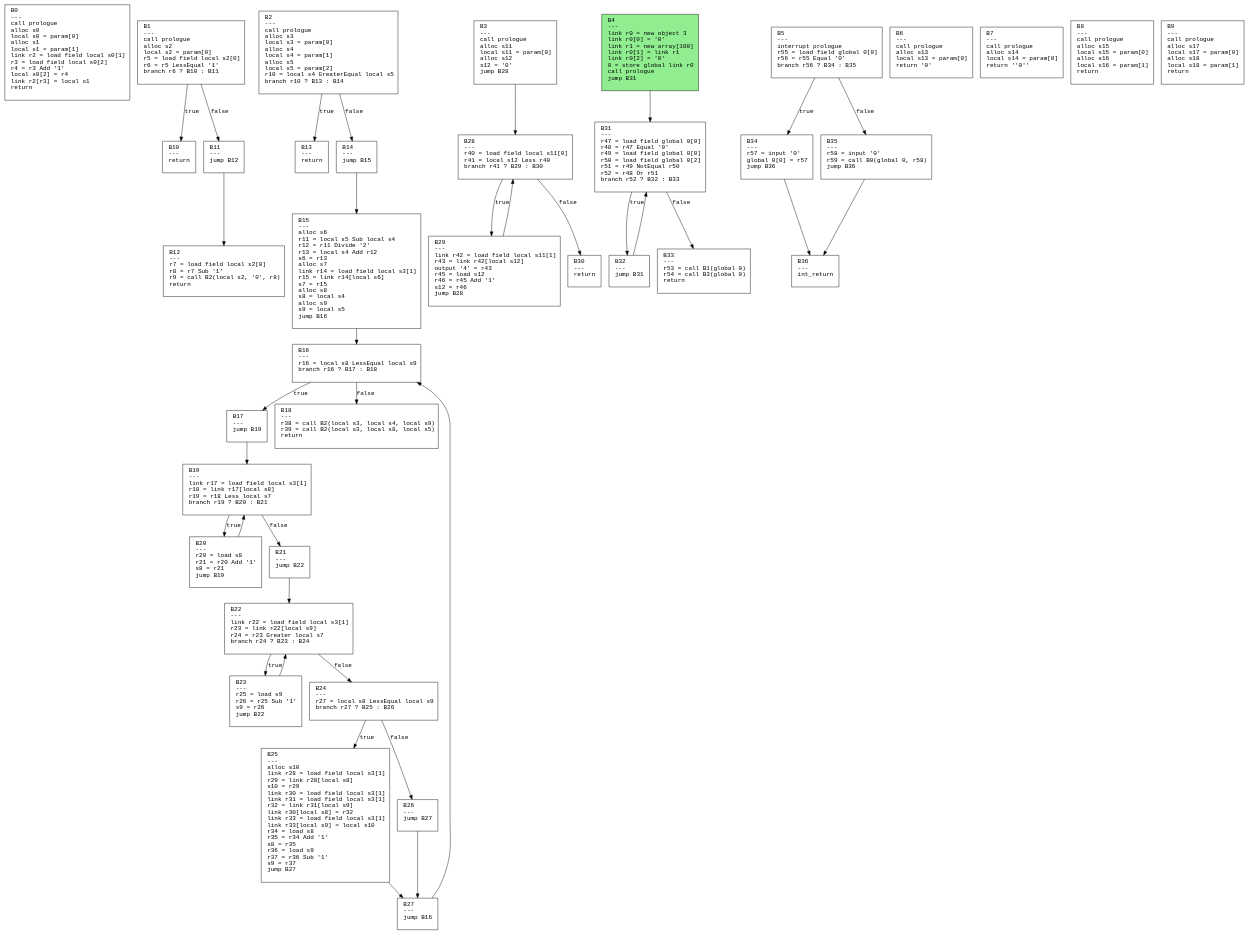
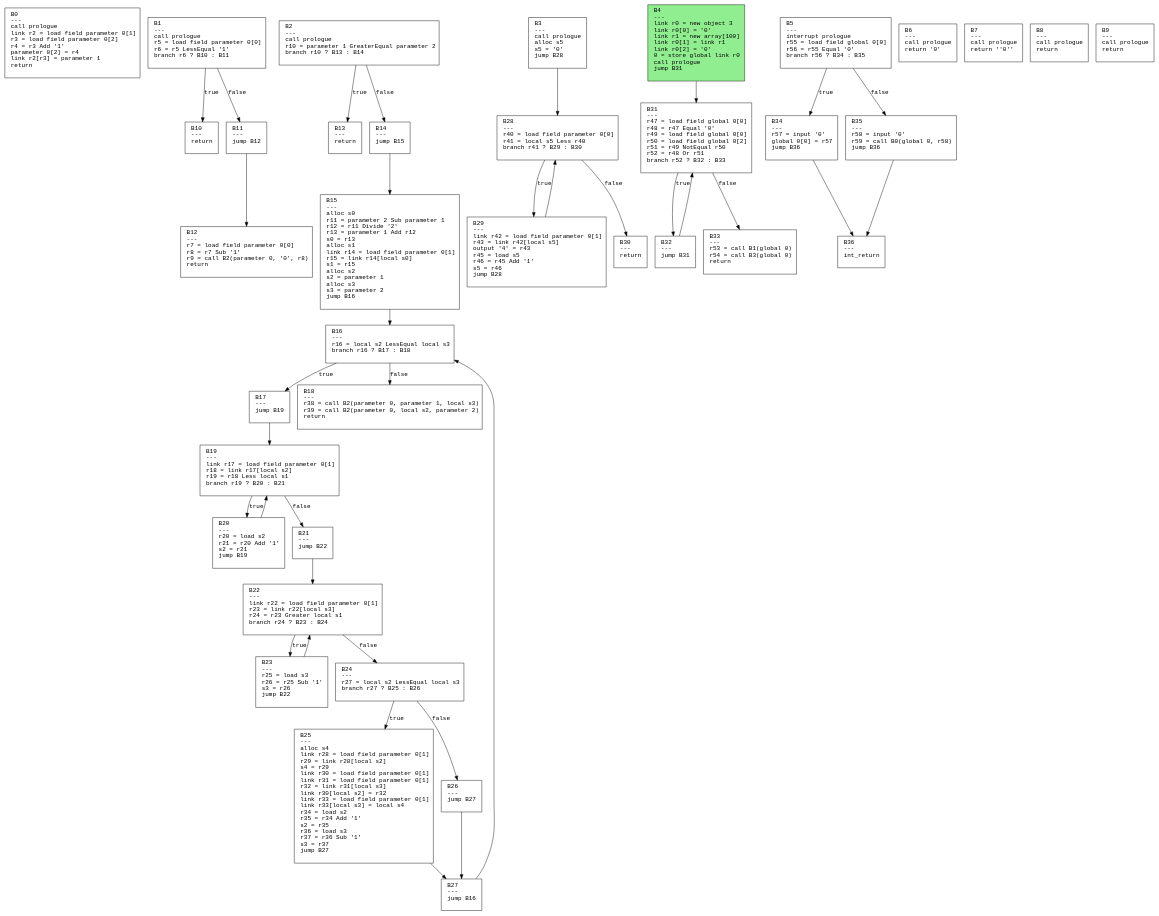
One commit to safarislava/ProcTranslator changed the diagram in schemes/sort.dot. Above: the diagram before and after it, drawn with Graphviz. The commit also changed 26 other files, not shown here.

```diff
--- a/schemes/sort.dot
+++ b/schemes/sort.dot
@@ -1,78 +1,78 @@
 digraph CFG {
   rankdir=TB;
   node [shape=box, fontname="Courier", style=filled, fillcolor=white, margin="0.2,0.1"];
   edge [fontname="Courier"];
 
-  "B0" [label="B0\l---\lcall prologue\lalloc s0\llocal s0 = param[0]\lalloc s1\llocal s1 = param[1]\llink r2 = load field local s0[1]\lr3 = load field local s0[2]\lr4 = r3 Add '1'\llocal s0[2] = r4\llink r2[r3] = local s1\lreturn\l "];
-  "B1" [label="B1\l---\lcall prologue\lalloc s2\llocal s2 = param[0]\lr5 = load field local s2[0]\lr6 = r5 LessEqual '1'\lbranch r6 ? B10 : B11\l "];
-  "B2" [label="B2\l---\lcall prologue\lalloc s3\llocal s3 = param[0]\lalloc s4\llocal s4 = param[1]\lalloc s5\llocal s5 = param[2]\lr10 = local s4 GreaterEqual local s5\lbranch r10 ? B13 : B14\l "];
-  "B3" [label="B3\l---\lcall prologue\lalloc s11\llocal s11 = param[0]\lalloc s12\ls12 = '0'\ljump B28\l "];
+  "B0" [label="B0\l---\lcall prologue\llink r2 = load field parameter 0[1]\lr3 = load field parameter 0[2]\lr4 = r3 Add '1'\lparameter 0[2] = r4\llink r2[r3] = parameter 1\lreturn\l "];
+  "B1" [label="B1\l---\lcall prologue\lr5 = load field parameter 0[0]\lr6 = r5 LessEqual '1'\lbranch r6 ? B10 : B11\l "];
+  "B2" [label="B2\l---\lcall prologue\lr10 = parameter 1 GreaterEqual parameter 2\lbranch r10 ? B13 : B14\l "];
+  "B3" [label="B3\l---\lcall prologue\lalloc s5\ls5 = '0'\ljump B28\l "];
   "B4" [label="B4\l---\llink r0 = new object 3\llink r0[0] = '0'\llink r1 = new array[100]\llink r0[1] = link r1\llink r0[2] = '0'\l0 = store global link r0\lcall prologue\ljump B31\l "];
   "B5" [label="B5\l---\linterrupt prologue\lr55 = load field global 0[0]\lr56 = r55 Equal '0'\lbranch r56 ? B34 : B35\l "];
-  "B6" [label="B6\l---\lcall prologue\lalloc s13\llocal s13 = param[0]\lreturn '0'\l "];
-  "B7" [label="B7\l---\lcall prologue\lalloc s14\llocal s14 = param[0]\lreturn ''0''\l "];
-  "B8" [label="B8\l---\lcall prologue\lalloc s15\llocal s15 = param[0]\lalloc s16\llocal s16 = param[1]\lreturn\l "];
-  "B9" [label="B9\l---\lcall prologue\lalloc s17\llocal s17 = param[0]\lalloc s18\llocal s18 = param[1]\lreturn\l "];
+  "B6" [label="B6\l---\lcall prologue\lreturn '0'\l "];
+  "B7" [label="B7\l---\lcall prologue\lreturn ''0''\l "];
+  "B8" [label="B8\l---\lcall prologue\lreturn\l "];
+  "B9" [label="B9\l---\lcall prologue\lreturn\l "];
   "B10" [label="B10\l---\lreturn\l "];
   "B11" [label="B11\l---\ljump B12\l "];
-  "B12" [label="B12\l---\lr7 = load field local s2[0]\lr8 = r7 Sub '1'\lr9 = call B2(local s2, '0', r8)\lreturn\l "];
+  "B12" [label="B12\l---\lr7 = load field parameter 0[0]\lr8 = r7 Sub '1'\lr9 = call B2(parameter 0, '0', r8)\lreturn\l "];
   "B13" [label="B13\l---\lreturn\l "];
   "B14" [label="B14\l---\ljump B15\l "];
-  "B15" [label="B15\l---\lalloc s6\lr11 = local s5 Sub local s4\lr12 = r11 Divide '2'\lr13 = local s4 Add r12\ls6 = r13\lalloc s7\llink r14 = load field local s3[1]\lr15 = link r14[local s6]\ls7 = r15\lalloc s8\ls8 = local s4\lalloc s9\ls9 = local s5\ljump B16\l "];
-  "B16" [label="B16\l---\lr16 = local s8 LessEqual local s9\lbranch r16 ? B17 : B18\l "];
+  "B15" [label="B15\l---\lalloc s0\lr11 = parameter 2 Sub parameter 1\lr12 = r11 Divide '2'\lr13 = parameter 1 Add r12\ls0 = r13\lalloc s1\llink r14 = load field parameter 0[1]\lr15 = link r14[local s0]\ls1 = r15\lalloc s2\ls2 = parameter 1\lalloc s3\ls3 = parameter 2\ljump B16\l "];
+  "B16" [label="B16\l---\lr16 = local s2 LessEqual local s3\lbranch r16 ? B17 : B18\l "];
   "B17" [label="B17\l---\ljump B19\l "];
-  "B18" [label="B18\l---\lr38 = call B2(local s3, local s4, local s9)\lr39 = call B2(local s3, local s8, local s5)\lreturn\l "];
-  "B19" [label="B19\l---\llink r17 = load field local s3[1]\lr18 = link r17[local s8]\lr19 = r18 Less local s7\lbranch r19 ? B20 : B21\l "];
-  "B20" [label="B20\l---\lr20 = load s8\lr21 = r20 Add '1'\ls8 = r21\ljump B19\l "];
+  "B18" [label="B18\l---\lr38 = call B2(parameter 0, parameter 1, local s3)\lr39 = call B2(parameter 0, local s2, parameter 2)\lreturn\l "];
+  "B19" [label="B19\l---\llink r17 = load field parameter 0[1]\lr18 = link r17[local s2]\lr19 = r18 Less local s1\lbranch r19 ? B20 : B21\l "];
+  "B20" [label="B20\l---\lr20 = load s2\lr21 = r20 Add '1'\ls2 = r21\ljump B19\l "];
   "B21" [label="B21\l---\ljump B22\l "];
-  "B22" [label="B22\l---\llink r22 = load field local s3[1]\lr23 = link r22[local s9]\lr24 = r23 Greater local s7\lbranch r24 ? B23 : B24\l "];
-  "B23" [label="B23\l---\lr25 = load s9\lr26 = r25 Sub '1'\ls9 = r26\ljump B22\l "];
-  "B24" [label="B24\l---\lr27 = local s8 LessEqual local s9\lbranch r27 ? B25 : B26\l "];
-  "B25" [label="B25\l---\lalloc s10\llink r28 = load field local s3[1]\lr29 = link r28[local s8]\ls10 = r29\llink r30 = load field local s3[1]\llink r31 = load field local s3[1]\lr32 = link r31[local s9]\llink r30[local s8] = r32\llink r33 = load field local s3[1]\llink r33[local s9] = local s10\lr34 = load s8\lr35 = r34 Add '1'\ls8 = r35\lr36 = load s9\lr37 = r36 Sub '1'\ls9 = r37\ljump B27\l "];
+  "B22" [label="B22\l---\llink r22 = load field parameter 0[1]\lr23 = link r22[local s3]\lr24 = r23 Greater local s1\lbranch r24 ? B23 : B24\l "];
+  "B23" [label="B23\l---\lr25 = load s3\lr26 = r25 Sub '1'\ls3 = r26\ljump B22\l "];
+  "B24" [label="B24\l---\lr27 = local s2 LessEqual local s3\lbranch r27 ? B25 : B26\l "];
+  "B25" [label="B25\l---\lalloc s4\llink r28 = load field parameter 0[1]\lr29 = link r28[local s2]\ls4 = r29\llink r30 = load field parameter 0[1]\llink r31 = load field parameter 0[1]\lr32 = link r31[local s3]\llink r30[local s2] = r32\llink r33 = load field parameter 0[1]\llink r33[local s3] = local s4\lr34 = load s2\lr35 = r34 Add '1'\ls2 = r35\lr36 = load s3\lr37 = r36 Sub '1'\ls3 = r37\ljump B27\l "];
   "B26" [label="B26\l---\ljump B27\l "];
   "B27" [label="B27\l---\ljump B16\l "];
-  "B28" [label="B28\l---\lr40 = load field local s11[0]\lr41 = local s12 Less r40\lbranch r41 ? B29 : B30\l "];
-  "B29" [label="B29\l---\llink r42 = load field local s11[1]\lr43 = link r42[local s12]\loutput '4' = r43\lr45 = load s12\lr46 = r45 Add '1'\ls12 = r46\ljump B28\l "];
+  "B28" [label="B28\l---\lr40 = load field parameter 0[0]\lr41 = local s5 Less r40\lbranch r41 ? B29 : B30\l "];
+  "B29" [label="B29\l---\llink r42 = load field parameter 0[1]\lr43 = link r42[local s5]\loutput '4' = r43\lr45 = load s5\lr46 = r45 Add '1'\ls5 = r46\ljump B28\l "];
   "B30" [label="B30\l---\lreturn\l "];
   "B31" [label="B31\l---\lr47 = load field global 0[0]\lr48 = r47 Equal '0'\lr49 = load field global 0[0]\lr50 = load field global 0[2]\lr51 = r49 NotEqual r50\lr52 = r48 Or r51\lbranch r52 ? B32 : B33\l "];
   "B32" [label="B32\l---\ljump B31\l "];
   "B33" [label="B33\l---\lr53 = call B1(global 0)\lr54 = call B3(global 0)\lreturn\l "];
   "B34" [label="B34\l---\lr57 = input '0'\lglobal 0[0] = r57\ljump B36\l "];
   "B35" [label="B35\l---\lr58 = input '0'\lr59 = call B0(global 0, r58)\ljump B36\l "];
   "B36" [label="B36\l---\lint_return\l "];
   "B1" -> "B10" [label="true"];
   "B1" -> "B11" [label="false"];
   "B2" -> "B13" [label="true"];
   "B2" -> "B14" [label="false"];
   "B3" -> "B28";
   "B4" -> "B31";
   "B5" -> "B34" [label="true"];
   "B5" -> "B35" [label="false"];
   "B11" -> "B12";
   "B14" -> "B15";
   "B15" -> "B16";
   "B16" -> "B17" [label="true"];
   "B16" -> "B18" [label="false"];
   "B17" -> "B19";
   "B19" -> "B20" [label="true"];
   "B19" -> "B21" [label="false"];
   "B20" -> "B19";
   "B21" -> "B22";
   "B22" -> "B23" [label="true"];
   "B22" -> "B24" [label="false"];
   "B23" -> "B22";
   "B24" -> "B25" [label="true"];
   "B24" -> "B26" [label="false"];
   "B25" -> "B27";
   "B26" -> "B27";
   "B27" -> "B16";
   "B28" -> "B29" [label="true"];
   "B28" -> "B30" [label="false"];
   "B29" -> "B28";
   "B31" -> "B32" [label="true"];
   "B31" -> "B33" [label="false"];
   "B32" -> "B31";
   "B34" -> "B36";
   "B35" -> "B36";
   "B4" [fillcolor=lightgreen];
 }
```
